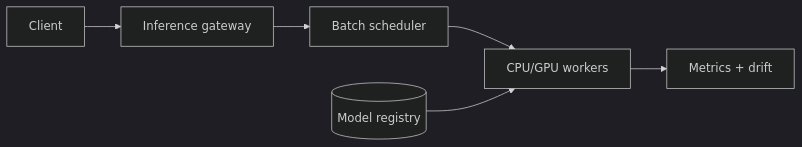
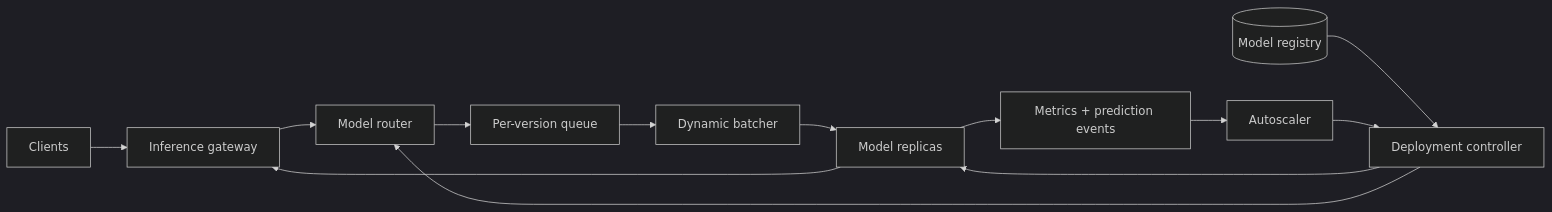
One commit to yangzichao/www changed the diagram in src/content/blog/system-design/model-serving.md. Above: the diagram before and after it, drawn with Mermaid (dark theme). The commit also changed other lines of this file and 18 other files, not shown here.

Commit message:
refactor: Revise URL Shortener design document to enhance clarity and detail on system evolution, API specifications, and architectural considerations

````diff
--- a/src/content/blog/system-design/model-serving.md
+++ b/src/content/blog/system-design/model-serving.md
@@ -82,8 +224,16 @@
 ```mermaid
 flowchart LR
-  C[Client] --> G[Inference gateway]
-  G --> S[Batch scheduler]
-  S --> W[CPU/GPU workers]
-  R[(Model registry)] --> W
-  W --> M[Metrics + drift]
+  C[Clients] --> G[Inference gateway]
+  G --> R[Model router]
+  R --> Q[Per-version queue]
+  Q --> B[Dynamic batcher]
+  B --> W[Model replicas]
+  W --> G
+
+  REG[(Model registry)] --> D[Deployment controller]
+  D --> W
+  D --> R
+  W --> M[Metrics + prediction events]
+  M --> A[Autoscaler]
+  A --> D
 ```
````
